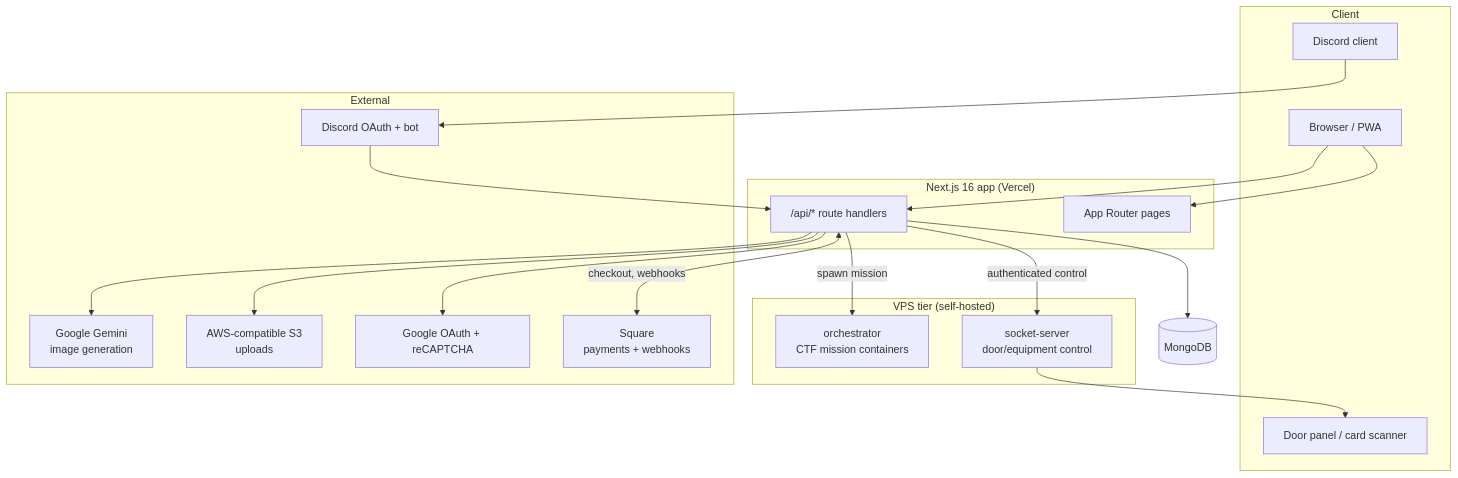
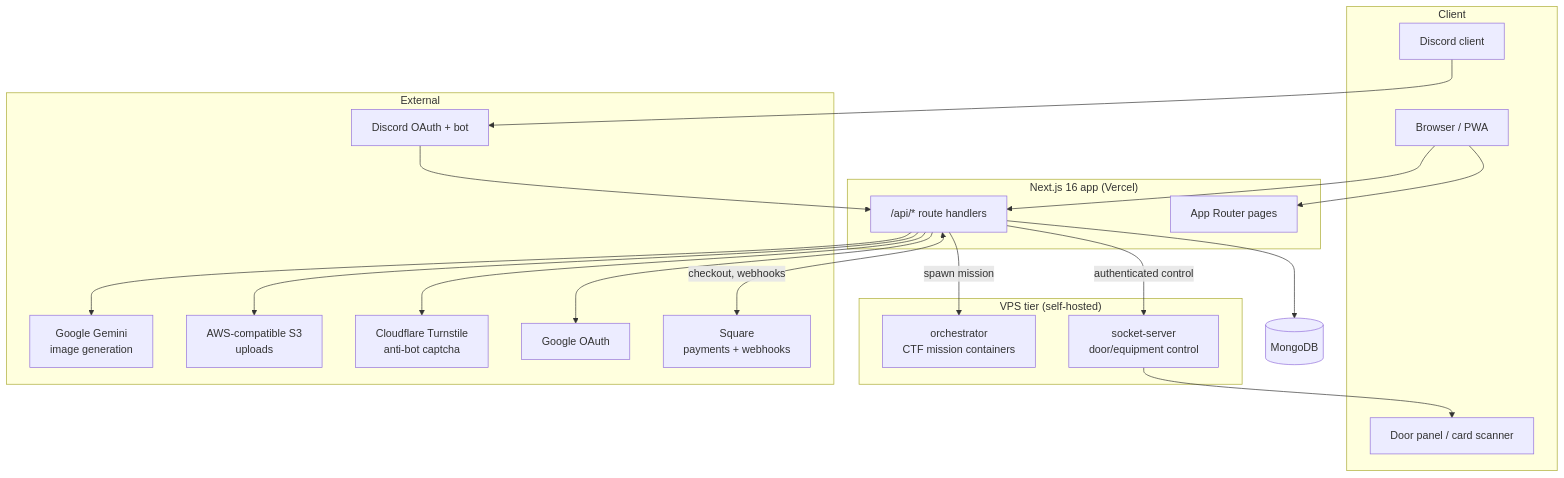
The first of 2 diagrams in lab-site/the-lab/docs/architecture/overview.md (FabLab-Fort-Smith/fablab), drawn with Mermaid before and after one commit. The commit also changed other lines of this file and 12 other files, not shown here.

First line of the commit message:
feat(the-lab): migrate registration captcha reCAPTCHA → Cloudflare Turnstile (ADR 0015, Phase B) (#68)

````diff
--- a/lab-site/the-lab/docs/architecture/overview.md
+++ b/lab-site/the-lab/docs/architecture/overview.md
@@ -33,39 +33,41 @@
 ```mermaid
 flowchart TB
   subgraph Client
     Browser["Browser / PWA"]
     DiscordUser["Discord client"]
     Door["Door panel / card scanner"]
   end
 
   subgraph App["Next.js 16 app (Vercel)"]
     Web["App Router pages"]
     API["/api/* route handlers"]
   end
 
   DB[(MongoDB)]
 
   subgraph VPS["VPS tier (self-hosted)"]
     Socket["socket-server<br/>door/equipment control"]
     Orch["orchestrator<br/>CTF mission containers"]
   end
 
   subgraph External
     Square["Square<br/>payments + webhooks"]
-    Google["Google OAuth + reCAPTCHA"]
+    Google["Google OAuth"]
+    Turnstile["Cloudflare Turnstile<br/>anti-bot captcha"]
     Discord["Discord OAuth + bot"]
     S3["AWS-compatible S3<br/>uploads"]
     Gemini["Google Gemini<br/>image generation"]
   end
 
   Browser --> Web
   Browser --> API
   DiscordUser --> Discord --> API
   API --> DB
   API -->|authenticated control| Socket --> Door
   API -->|spawn mission| Orch
   API <-->|checkout, webhooks| Square
   API --> Google
+  API --> Turnstile
   API --> S3
   API --> Gemini
 ```
````
